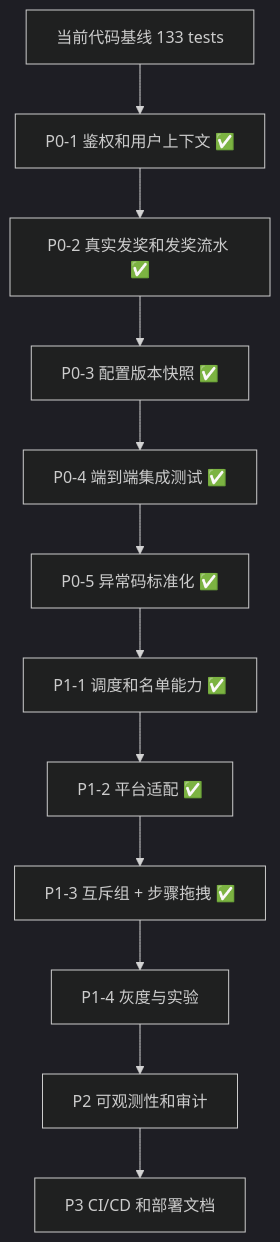
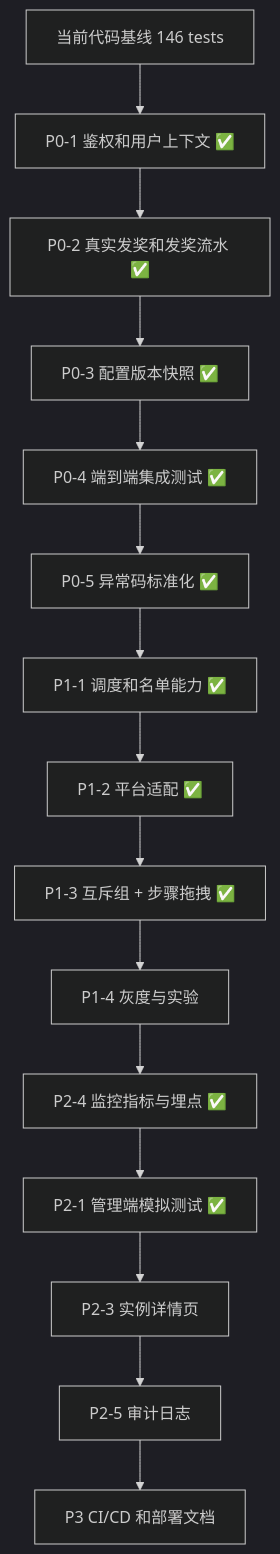
The diagram in docs/current-system-roadmap.md (xuankuxiaohui/marketing-task-platform), drawn with Mermaid (dark theme) before and after one commit. The commit also changed other lines of this file and 1 other file, not shown here.

Commit message:
docs: update roadmap and release notes for v0.3.0

````diff
--- a/docs/current-system-roadmap.md
+++ b/docs/current-system-roadmap.md
@@ -204,14 +225,17 @@
 ```mermaid
 flowchart TD
-    A[当前代码基线 133 tests] --> B[P0-1 鉴权和用户上下文 ✅]
+    A[当前代码基线 146 tests] --> B[P0-1 鉴权和用户上下文 ✅]
     B --> C[P0-2 真实发奖和发奖流水 ✅]
     C --> D[P0-3 配置版本快照 ✅]
     D --> E[P0-4 端到端集成测试 ✅]
     E --> F[P0-5 异常码标准化 ✅]
     F --> G[P1-1 调度和名单能力 ✅]
     G --> H[P1-2 平台适配 ✅]
     H --> I[P1-3 互斥组 + 步骤拖拽 ✅]
     I --> J[P1-4 灰度与实验]
-    J --> K[P2 可观测性和审计]
-    K --> L[P3 CI/CD 和部署文档]
+    J --> K[P2-4 监控指标与埋点 ✅]
+    K --> L[P2-1 管理端模拟测试 ✅]
+    L --> M[P2-3 实例详情页]
+    M --> N[P2-5 审计日志]
+    N --> O[P3 CI/CD 和部署文档]
 ```
````
